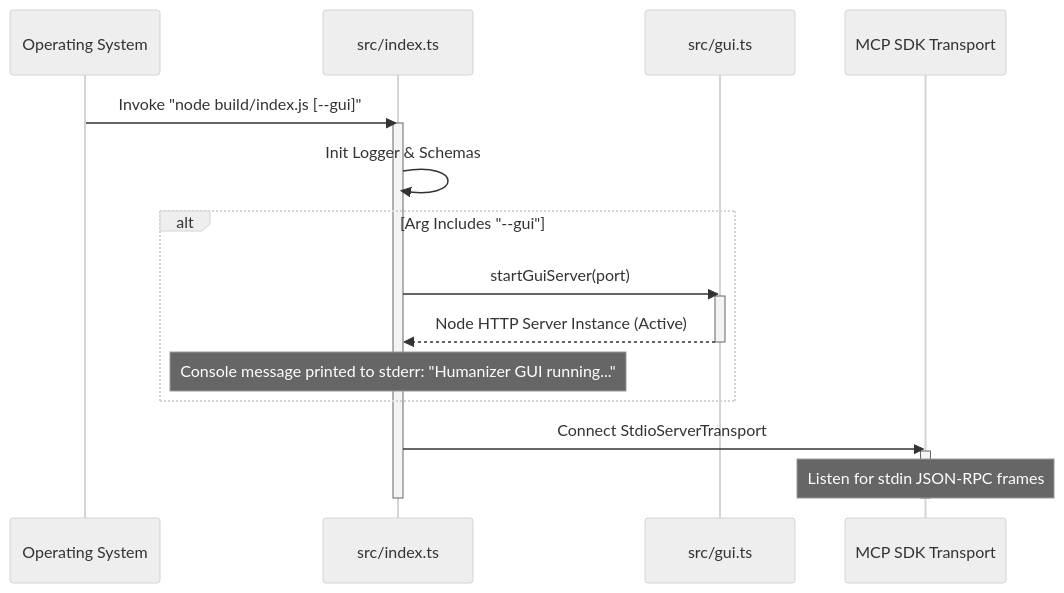
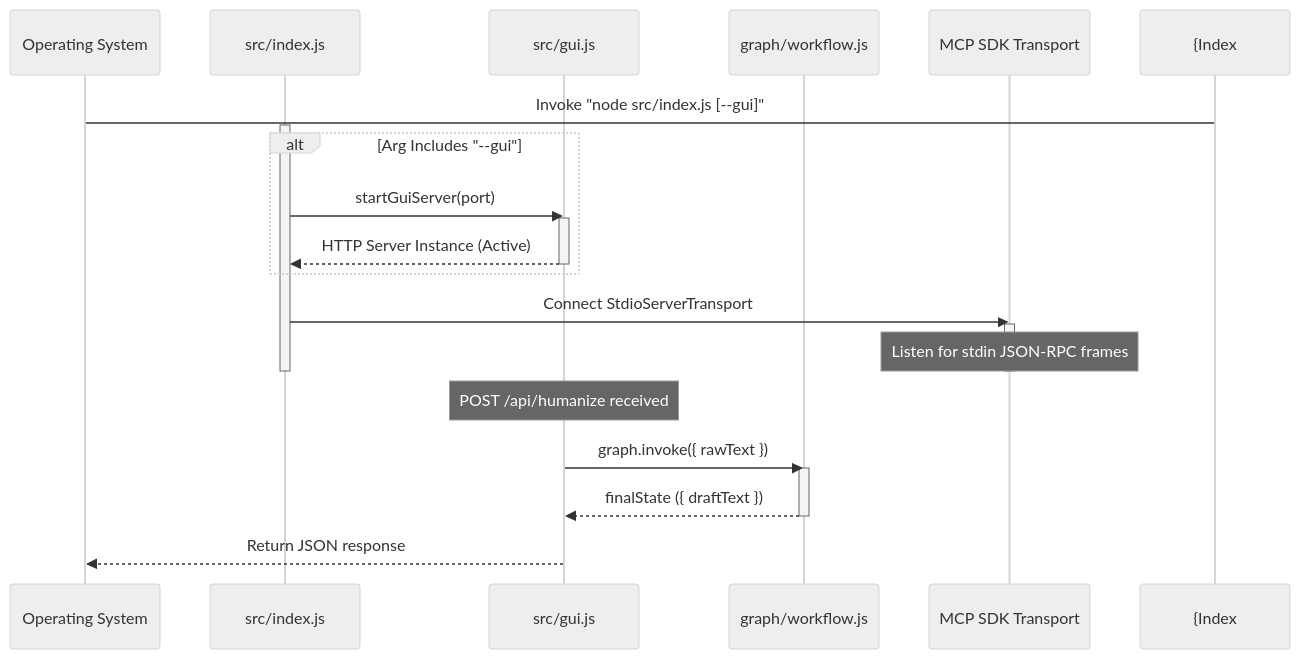
One commit to ayush1k/agentic-humanizer changed the second of 3 diagrams in architectural_breakdown.md. Above: the diagram before and after it, drawn with Mermaid (neutral theme). The commit also changed other lines of this file and 17 other files, not shown here.

Commit message:
Refactor text humanizer to pure ES6 Javascript agentic LangGraph workflow with Hugging Face and MCP patterns integration

````diff
--- a/architectural_breakdown.md
+++ b/architectural_breakdown.md
@@ -71,25 +81,31 @@
 ```mermaid
 sequenceDiagram
     participant OS as Operating System
-    participant Index as src/index.ts
-    participant Gui as src/gui.ts
+    participant Index as src/index.js
+    participant Gui as src/gui.js
+    participant Workflow as graph/workflow.js
     participant MCP as MCP SDK Transport
     
-    OS->>Index: Invoke "node build/index.js [--gui]"
+    OS->{Index: Invoke "node src/index.js [--gui]"
     activate Index
-    Index->>Index: Init Logger & Schemas
     
     alt Arg Includes "--gui"
         Index->>Gui: startGuiServer(port)
         activate Gui
-        Gui-->>Index: Node HTTP Server Instance (Active)
+        Gui-->>Index: HTTP Server Instance (Active)
         deactivate Gui
-        Note over Index: Console message printed to stderr: "Humanizer GUI running..."
     end
     
     Index->>MCP: Connect StdioServerTransport
     activate MCP
     Note over MCP: Listen for stdin JSON-RPC frames
     deactivate MCP
     deactivate Index
+    
+    Note over Gui: POST /api/humanize received
+    Gui->>Workflow: graph.invoke({ rawText })
+    activate Workflow
+    Workflow-->>Gui: finalState ({ draftText })
+    deactivate Workflow
+    Gui-->>OS: Return JSON response
 ```
````
